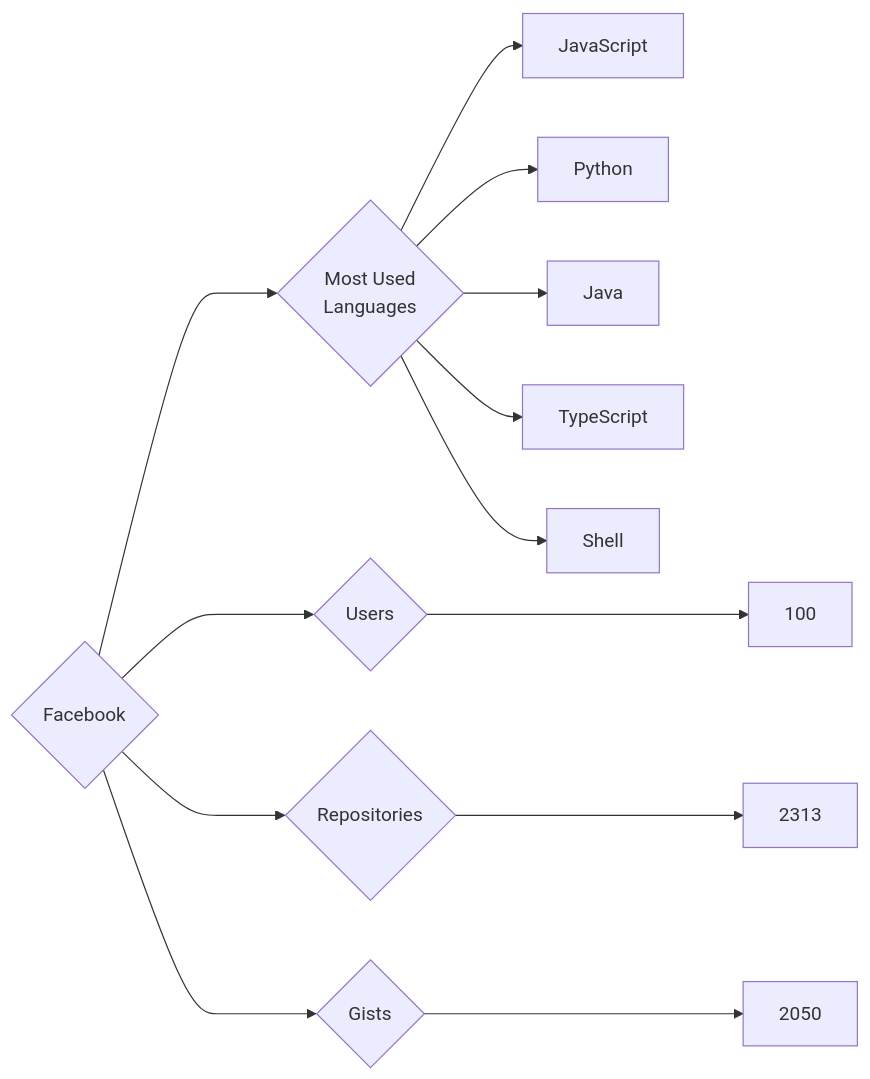
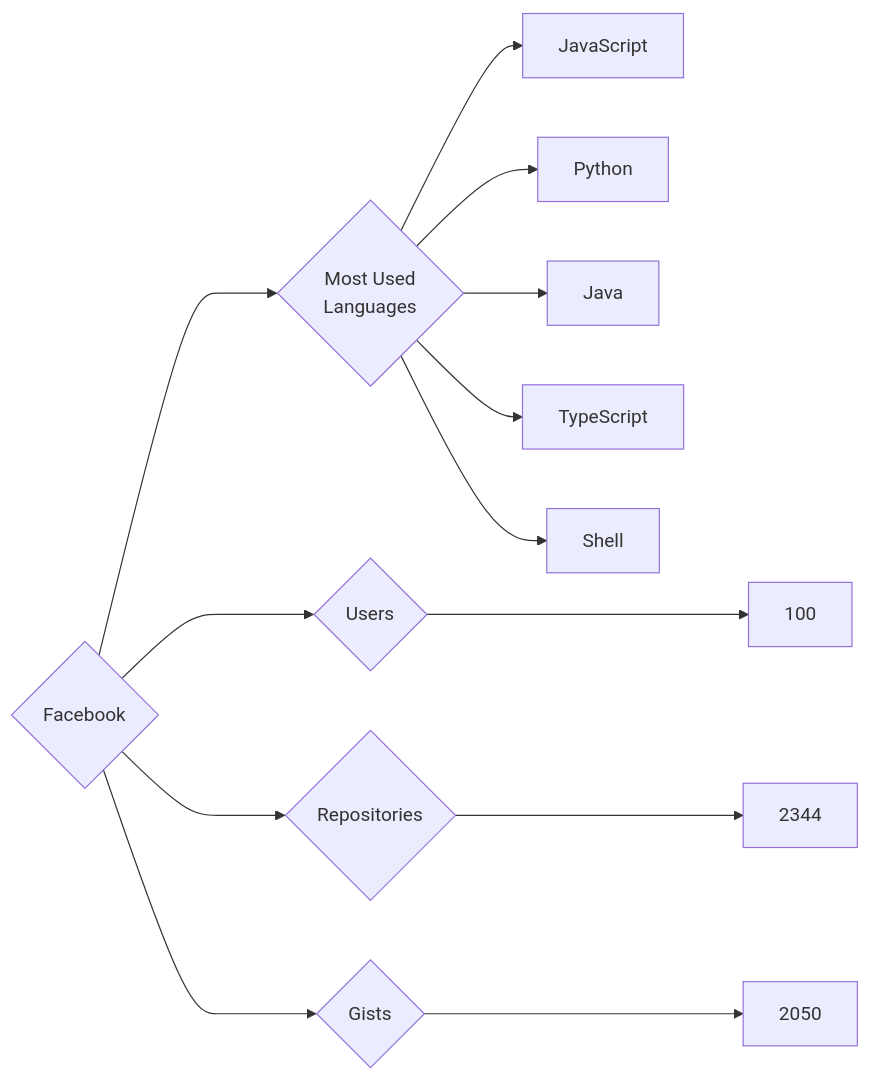
Before and after one commit to trickest/insiders: the diagram in targets/Facebook/README.md, drawn with Mermaid. The commit also changed 1020 other files, not shown here.

````diff
--- a/targets/Facebook/README.md
+++ b/targets/Facebook/README.md
@@ -3,13 +3,13 @@
 ```mermaid
 graph LR
 COMPANY_NAME{Facebook}
 COMPANY_NAME ---> U{Users} ---> UN[100]
-COMPANY_NAME ---> R{Repositories} ---> RN[2313]
+COMPANY_NAME ---> R{Repositories} ---> RN[2344]
 COMPANY_NAME ---> G{Gists} ---> GN[2050]
 COMPANY_NAME ---> ML{Most Used<br>Languages}
 ML --> JavaScript[JavaScript]
 ML --> Python[Python]
 ML --> Java[Java]
 ML --> TypeScript[TypeScript]
 ML --> Shell[Shell]
 ```
````
